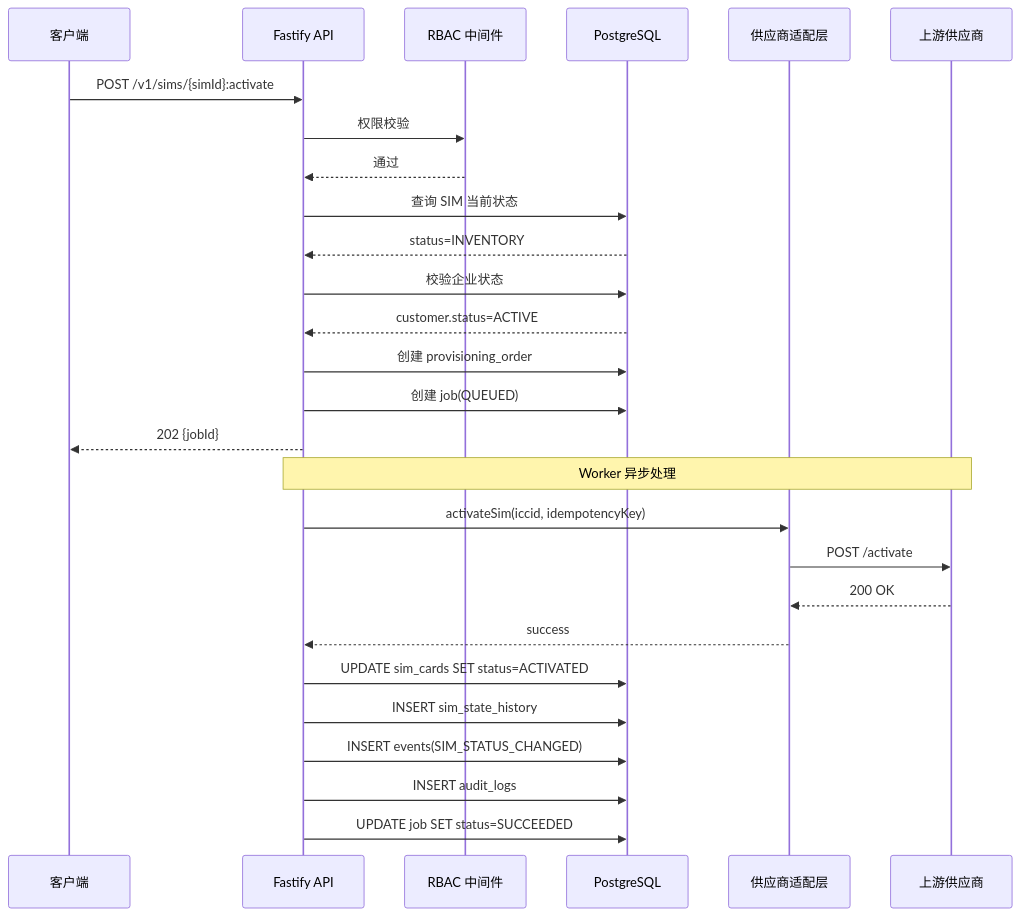
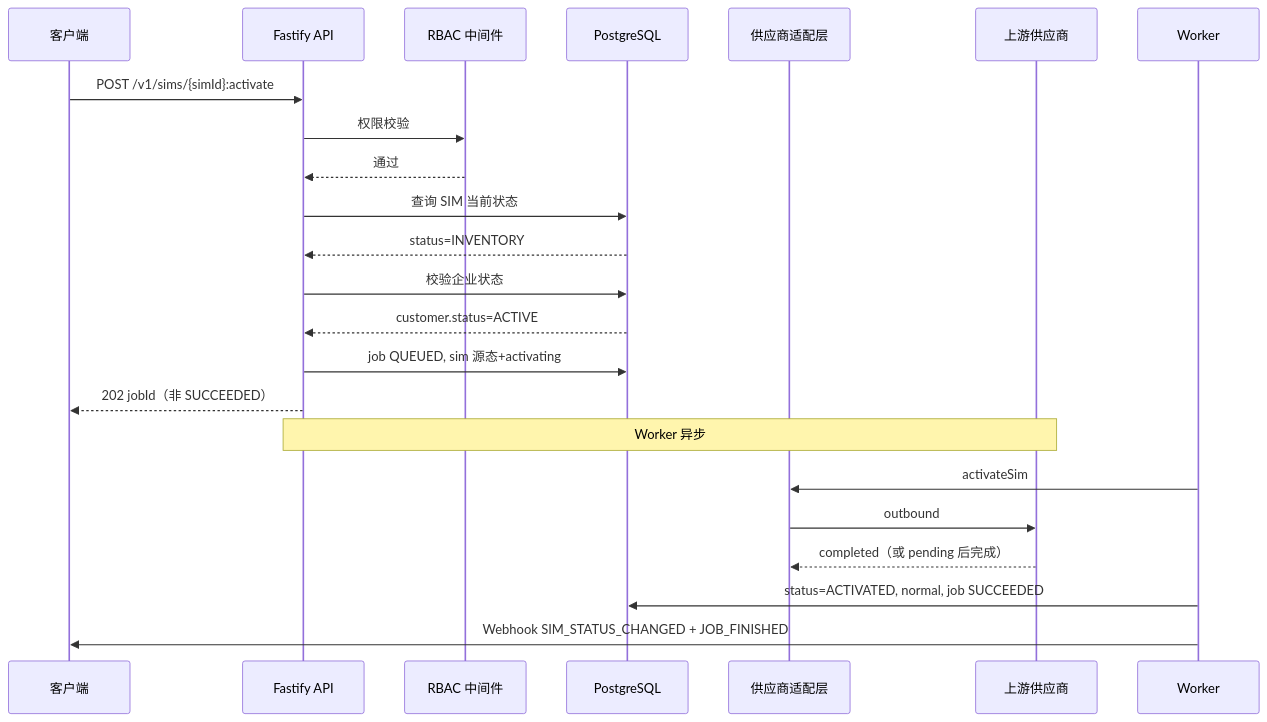
One commit to Stewart-Yang-85/CMP changed the seventh of 16 diagrams in specs/20260208-iot-cmp-reseller/technical-design.md. Above: the diagram before and after it, drawn with Mermaid. The commit also changed other lines of this file and 404 other files, not shown here.

````diff
--- a/specs/20260208-iot-cmp-reseller/technical-design.md
+++ b/specs/20260208-iot-cmp-reseller/technical-design.md
@@ -1165,36 +1167,30 @@
 ```mermaid
 sequenceDiagram
     participant Client as 客户端
     participant API as Fastify API
     participant Auth as RBAC 中间件
     participant DB as PostgreSQL
     participant SPI as 供应商适配层
     participant Vendor as 上游供应商
 
     Client->>API: POST /v1/sims/{simId}:activate
     API->>Auth: 权限校验
     Auth-->>API: 通过
 
     API->>DB: 查询 SIM 当前状态
     DB-->>API: status=INVENTORY
 
     API->>DB: 校验企业状态
     DB-->>API: customer.status=ACTIVE
 
-    API->>DB: 创建 provisioning_order
-    API->>DB: 创建 job(QUEUED)
-    API-->>Client: 202 {jobId}
+    API->>DB: job QUEUED, sim 源态+activating
+    API-->>Client: 202 jobId（非 SUCCEEDED）
 
-    Note over API,Vendor: Worker 异步处理
+    Note over API,Vendor: Worker 异步
 
-    API->>SPI: activateSim(iccid, idempotencyKey)
-    SPI->>Vendor: POST /activate
-    Vendor-->>SPI: 200 OK
-    SPI-->>API: success
-
-    API->>DB: UPDATE sim_cards SET status=ACTIVATED
-    API->>DB: INSERT sim_state_history
-    API->>DB: INSERT events(SIM_STATUS_CHANGED)
-    API->>DB: INSERT audit_logs
-    API->>DB: UPDATE job SET status=SUCCEEDED
+    Worker->>SPI: activateSim
+    SPI->>Vendor: outbound
+    Vendor-->>SPI: completed（或 pending 后完成）
+    Worker->>DB: status=ACTIVATED, normal, job SUCCEEDED
+    Worker->>Client: Webhook SIM_STATUS_CHANGED + JOB_FINISHED
 ```
````
